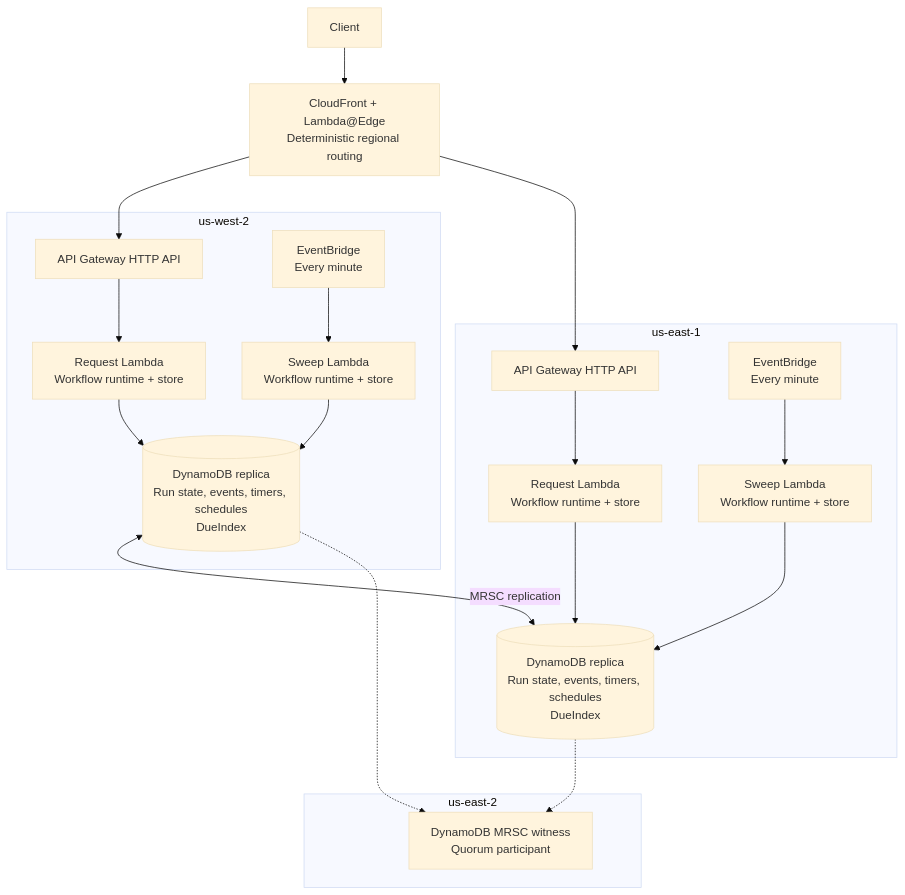
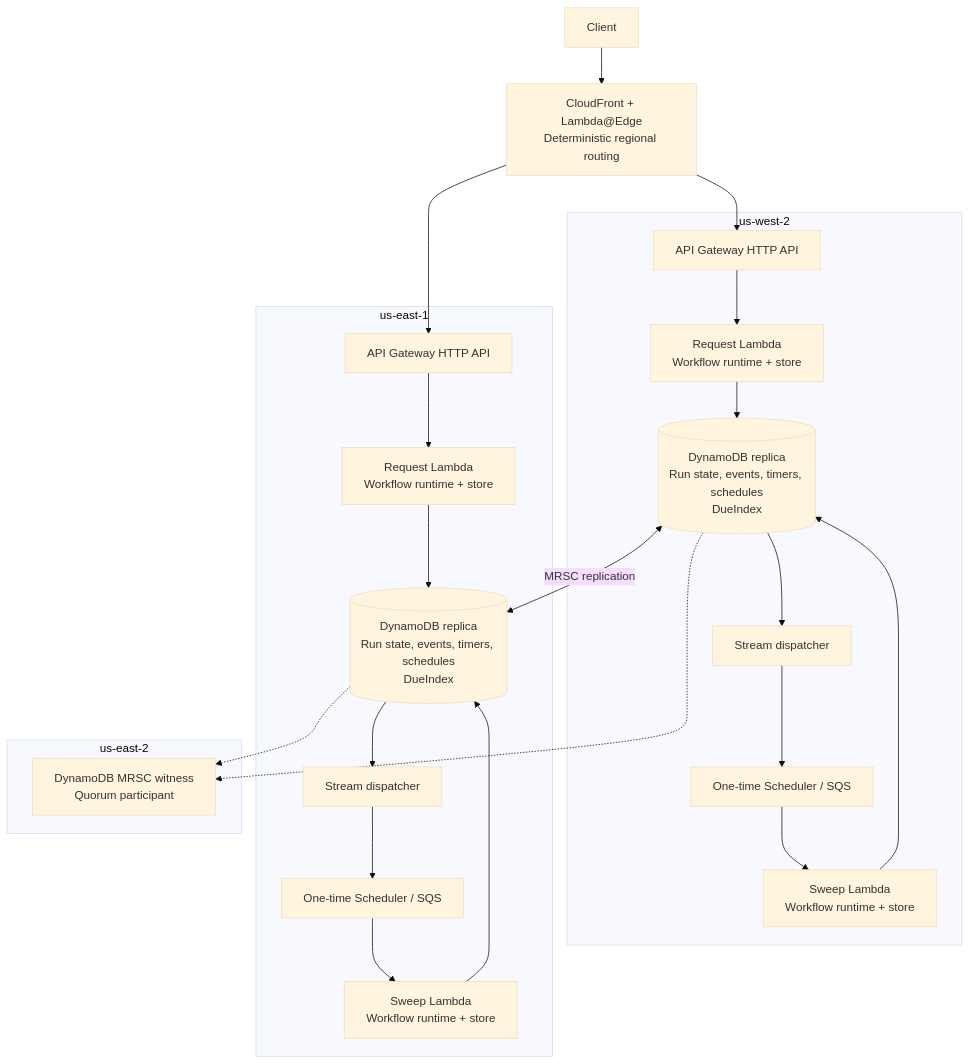
Before and after one commit to ataylorme/tanstack-workflow-aws: the diagram in README.md, drawn with Mermaid (base theme). The commit also changed other lines of this file and 18 other files, not shown here.

````diff
--- a/README.md
+++ b/README.md
@@ -13,28 +13,32 @@
 ```mermaid
 flowchart TB
     client["Client"] --> edge["CloudFront + Lambda@Edge<br/>Deterministic regional routing"]
 
     subgraph west["us-west-2"]
         westApi["API Gateway HTTP API"] --> westWorker["Request Lambda<br/>Workflow runtime + store"]
-        westEvents["EventBridge<br/>Every minute"] --> westSweep["Sweep Lambda<br/>Workflow runtime + store"]
+        westTable --> westDispatch["Stream dispatcher"]
+        westDispatch --> westSchedule["One-time Scheduler / SQS"]
+        westSchedule --> westSweep["Sweep Lambda<br/>Workflow runtime + store"]
         westWorker --> westTable[("DynamoDB replica<br/>Run state, events, timers, schedules<br/>DueIndex")]
         westSweep --> westTable
     end
 
     subgraph east["us-east-1"]
         eastApi["API Gateway HTTP API"] --> eastWorker["Request Lambda<br/>Workflow runtime + store"]
-        eastEvents["EventBridge<br/>Every minute"] --> eastSweep["Sweep Lambda<br/>Workflow runtime + store"]
+        eastTable --> eastDispatch["Stream dispatcher"]
+        eastDispatch --> eastSchedule["One-time Scheduler / SQS"]
+        eastSchedule --> eastSweep["Sweep Lambda<br/>Workflow runtime + store"]
         eastWorker --> eastTable[("DynamoDB replica<br/>Run state, events, timers, schedules<br/>DueIndex")]
         eastSweep --> eastTable
     end
 
     subgraph ohio["us-east-2"]
         witness["DynamoDB MRSC witness<br/>Quorum participant"]
     end
 
     edge --> westApi
     edge --> eastApi
     westTable <-->|MRSC replication| eastTable
     westTable -.-> witness
     eastTable -.-> witness
 ```
````
